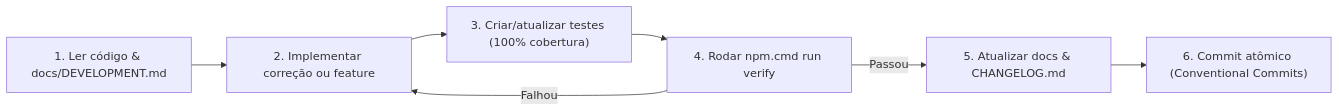
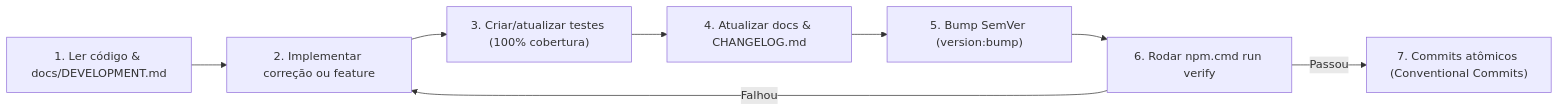
The diagram in docs/QUALITY_WORKFLOW.md (KaneeSell/Nexus), drawn with Mermaid before and after one commit. The commit also changed 8 other files, not shown here.

Commit message:
docs: document SemVer versioning workflow and enforce bump in AGENTS.md

````diff
--- a/docs/QUALITY_WORKFLOW.md
+++ b/docs/QUALITY_WORKFLOW.md
@@ -9,9 +9,10 @@
 ```mermaid
 flowchart LR
     A["1. Ler código & docs/DEVELOPMENT.md"] --> B["2. Implementar correção ou feature"]
     B --> C["3. Criar/atualizar testes (100% cobertura)"]
-    C --> D["4. Rodar npm.cmd run verify"]
-    D -->|Falhou| B
-    D -->|Passou| E["5. Atualizar docs & CHANGELOG.md"]
-    E --> F["6. Commit atômico (Conventional Commits)"]
+    C --> D["4. Atualizar docs & CHANGELOG.md"]
+    D --> E["5. Bump SemVer (version:bump)"]
+    E --> F["6. Rodar npm.cmd run verify"]
+    F -->|Falhou| B
+    F -->|Passou| G["7. Commits atômicos (Conventional Commits)"]
 ```
````
